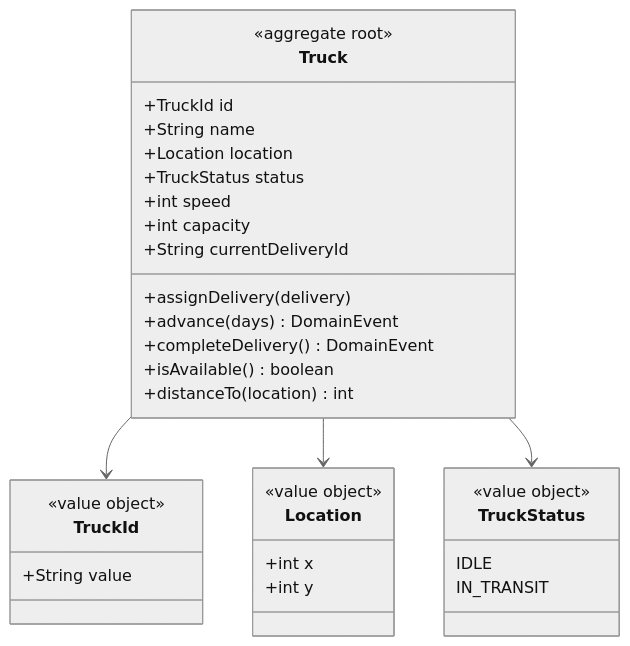
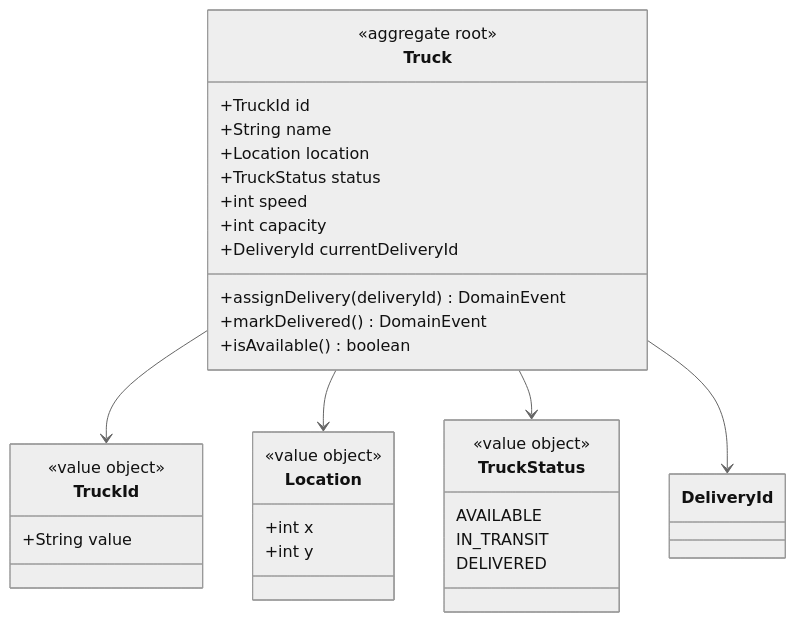
One commit to PauLopNun/workshop-suministros changed the first of 6 diagrams in transport/ddd.md. Above: the diagram before and after it, drawn with Mermaid (neutral theme). The commit also changed other lines of this file, not shown here.

Commit message:
docs: Added flow diagrams on transport ddd.md

````diff
--- a/transport/ddd.md
+++ b/transport/ddd.md
@@ -10,35 +14,35 @@
 ```mermaid
 classDiagram
     class Truck {
         <<aggregate root>>
         +TruckId id
         +String name
         +Location location
         +TruckStatus status
         +int speed
         +int capacity
-        +String currentDeliveryId
-        +assignDelivery(delivery)
-        +advance(days) DomainEvent
-        +completeDelivery() DomainEvent
+        +DeliveryId currentDeliveryId
+        +assignDelivery(deliveryId) DomainEvent
+        +markDelivered() DomainEvent
         +isAvailable() boolean
-        +distanceTo(location) int
     }
     class TruckId {
         <<value object>>
         +String value
     }
     class Location {
         <<value object>>
         +int x
         +int y
     }
     class TruckStatus {
         <<value object>>
-        IDLE
+        AVAILABLE
         IN_TRANSIT
+        DELIVERED
     }
     Truck --> TruckId
     Truck --> Location
     Truck --> TruckStatus
+    Truck --> DeliveryId
 ```
````
